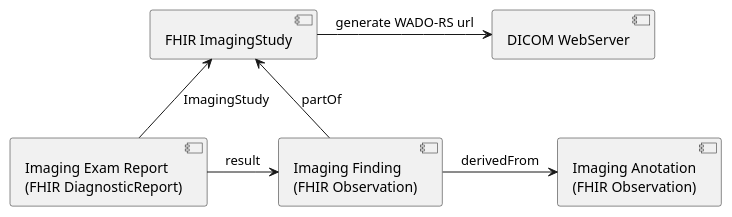
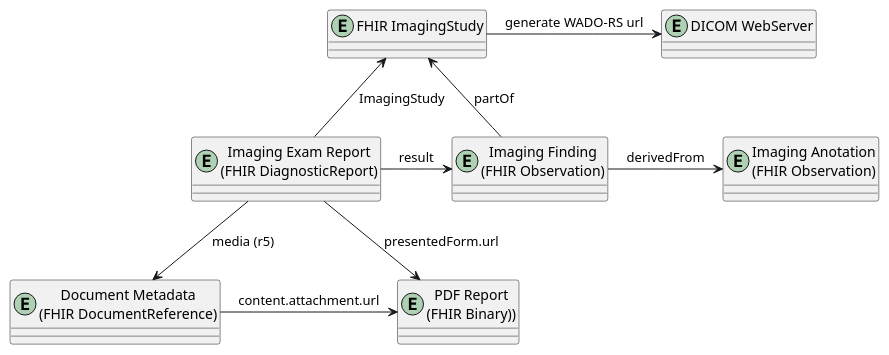
One commit to KevinMayfield/IHE-RAD changed the diagram in input/images-source/model-rad.plantuml. Above: the diagram before and after it, drawn with PlantUML. The commit also changed 1 other file, not shown here.

```diff
--- a/input/images-source/model-rad.plantuml
+++ b/input/images-source/model-rad.plantuml
@@ -1,15 +1,21 @@
 @startuml
 
-component "FHIR ImagingStudy" as ImagingStudy
-component "Imaging Finding\n(FHIR Observation)" as Observation
-component "Imaging Exam Report\n(FHIR DiagnosticReport)" as DiagnosticReport
-component "DICOM WebServer" as DICOM
-component "Imaging Anotation\n(FHIR Observation)" as Anotation
+entity "FHIR ImagingStudy" as ImagingStudy
+entity "Imaging Finding\n(FHIR Observation)" as Observation
+entity "Imaging Exam Report\n(FHIR DiagnosticReport)" as DiagnosticReport
+entity "DICOM WebServer" as DICOM
+entity "Imaging Anotation\n(FHIR Observation)" as Anotation
+entity "PDF Report\n(FHIR Binary))" as Binary
+entity "Document Metadata\n(FHIR DocumentReference)" as DocumentReference
 
 DiagnosticReport -r-> Observation: result
 Observation -r-> Anotation: derivedFrom
 Observation -u-> ImagingStudy : partOf
 ImagingStudy -r-> DICOM : generate WADO-RS url
 DiagnosticReport -u-> ImagingStudy: ImagingStudy
+DiagnosticReport -d-> Binary: presentedForm.url
+DiagnosticReport -d-> DocumentReference: media (r5)
+DocumentReference -r-> Binary : content.attachment.url
+
 
 @enduml
```
